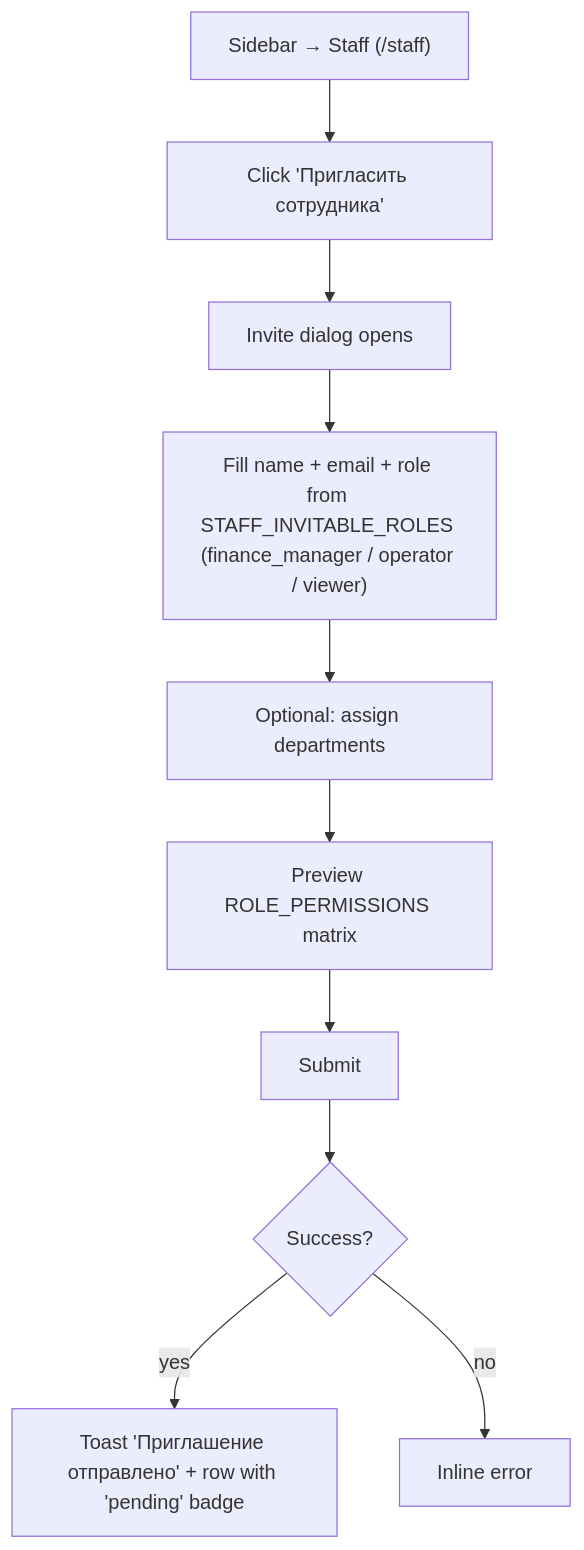
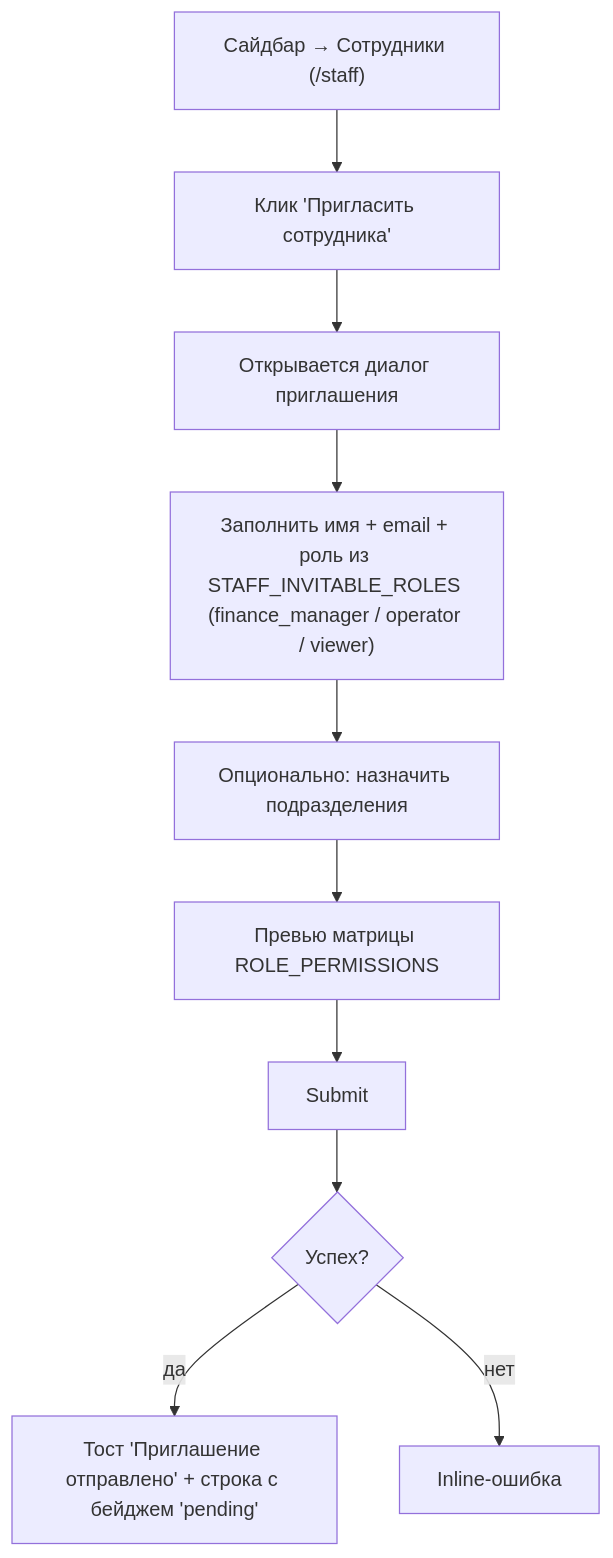
The fifth of 19 diagrams in docs/USER_FLOWS_BY_ROLE.md (SardorAllaberganov/unipay-dashboard), drawn with Mermaid before and after one commit. The commit also changed other lines of this file and 1 other file, not shown here.

First line of the commit message:
docs: translate IA + role-flow docs to Russian

````diff
--- a/docs/USER_FLOWS_BY_ROLE.md
+++ b/docs/USER_FLOWS_BY_ROLE.md
@@ -216,12 +216,12 @@
 ```mermaid
 flowchart TD
-  A["Sidebar → Staff (/staff)"] --> B["Click 'Пригласить сотрудника'"]
-  B --> C[Invite dialog opens]
-  C --> D["Fill name + email + role from STAFF_INVITABLE_ROLES (finance_manager / operator / viewer)"]
-  D --> E["Optional: assign departments"]
-  E --> F[Preview ROLE_PERMISSIONS matrix]
+  A["Сайдбар → Сотрудники (/staff)"] --> B["Клик 'Пригласить сотрудника'"]
+  B --> C[Открывается диалог приглашения]
+  C --> D["Заполнить имя + email + роль из STAFF_INVITABLE_ROLES (finance_manager / operator / viewer)"]
+  D --> E["Опционально: назначить подразделения"]
+  E --> F[Превью матрицы ROLE_PERMISSIONS]
   F --> G[Submit]
-  G --> H{Success?}
-  H -->|yes| I["Toast 'Приглашение отправлено' + row with 'pending' badge"]
-  H -->|no| J[Inline error]
+  G --> H{Успех?}
+  H -->|да| I["Тост 'Приглашение отправлено' + строка с бейджем 'pending'"]
+  H -->|нет| J[Inline-ошибка]
 ```
````
